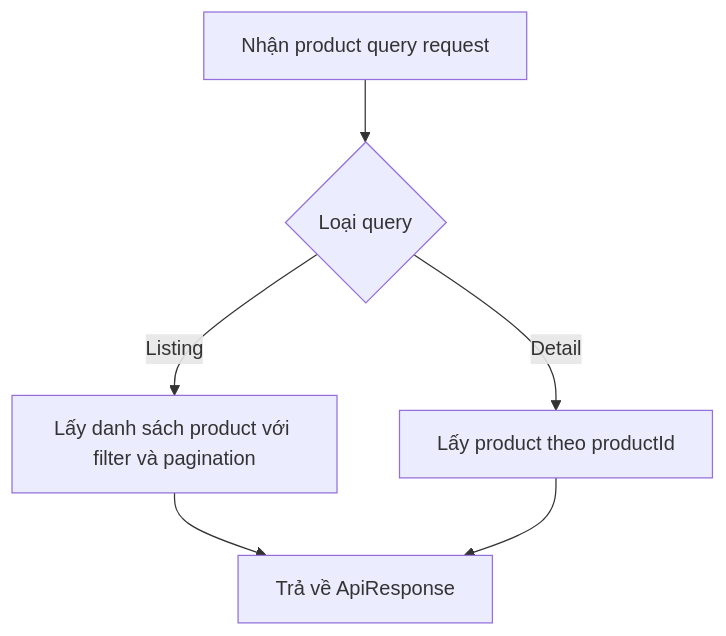
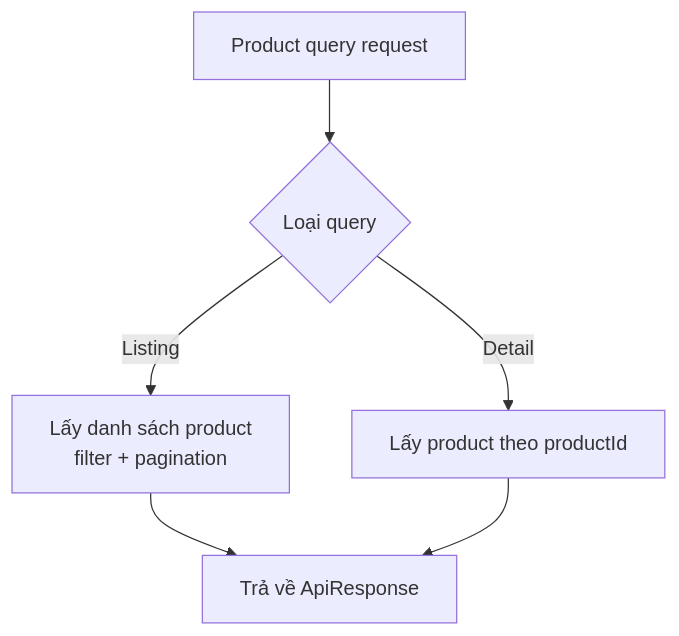
The fourth of 7 diagrams in analysis-and-design-ddd.md (baosatboiz/asd), drawn with Mermaid before and after one commit. The commit also changed other lines of this file, not shown here.

````diff
--- a/analysis-and-design-ddd.md
+++ b/analysis-and-design-ddd.md
@@ -281,8 +281,8 @@
 ```mermaid
 flowchart TD
-    A[Nhận product query request] --> B{Loại query}
-    B -->|Listing| C[Lấy danh sách product với filter và pagination]
+    A[Product query request] --> B{Loại query}
+    B -->|Listing| C[Lấy danh sách product<br/>filter + pagination]
     B -->|Detail| D[Lấy product theo productId]
     C --> E[Trả về ApiResponse]
     D --> E
 ```
````
